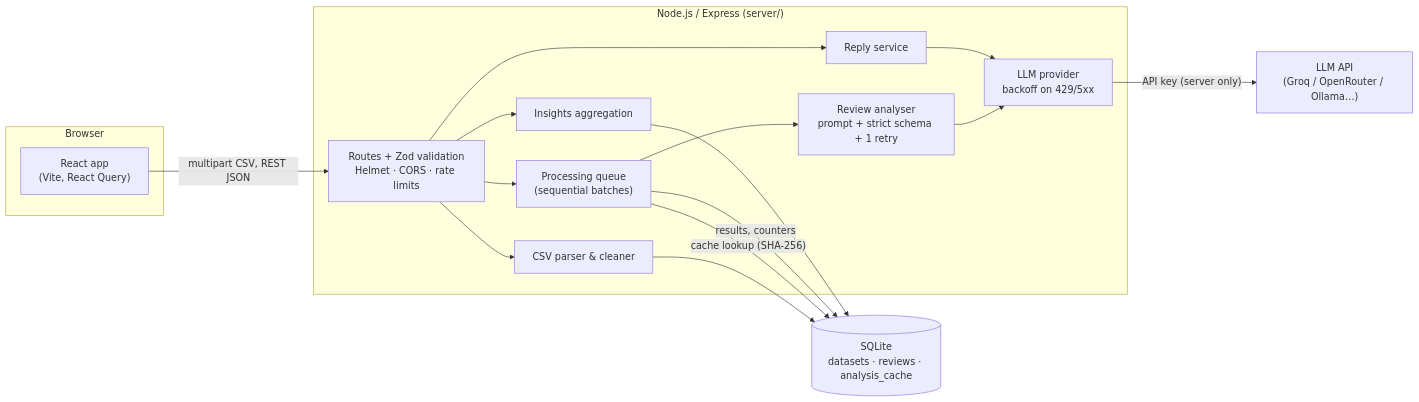
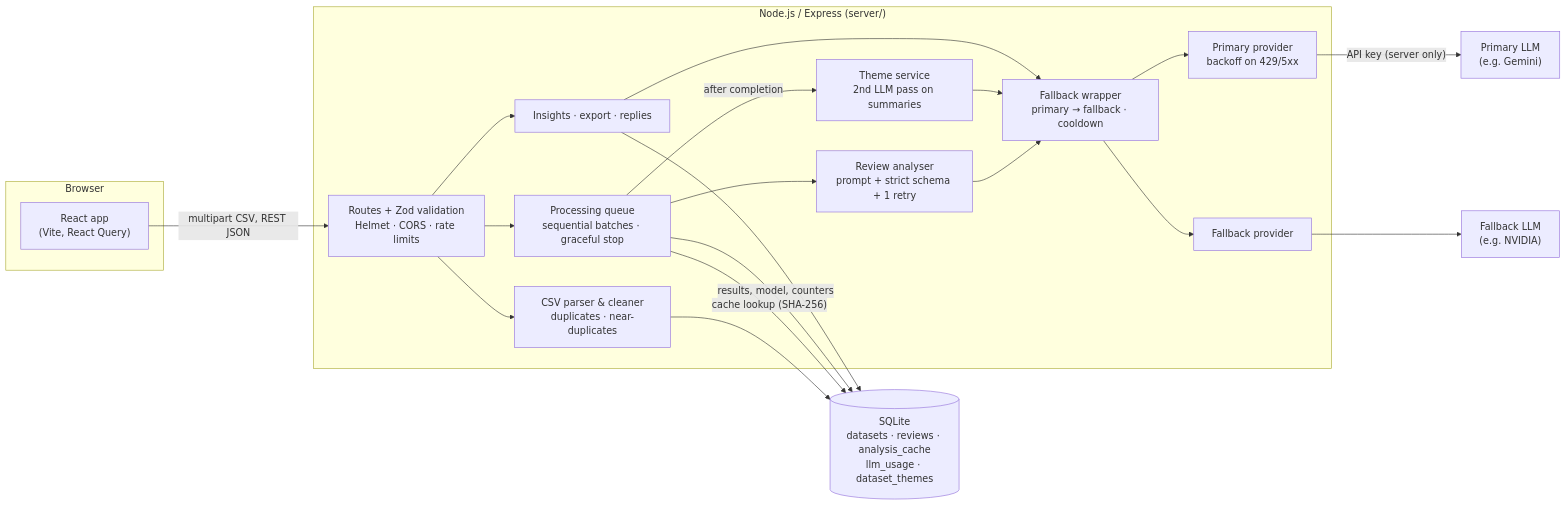
The first of 2 diagrams in README.md (singhharshitt/CedcoLenss), drawn with Mermaid before and after one commit. The commit also changed other lines of this file and 14 other files, not shown here.

````diff
--- a/README.md
+++ b/README.md
@@ -196,26 +208,32 @@
 ```mermaid
 flowchart LR
   subgraph Browser
     UI["React app<br/>(Vite, React Query)"]
   end
   subgraph Server["Node.js / Express (server/)"]
     R["Routes + Zod validation<br/>Helmet · CORS · rate limits"]
-    P["CSV parser & cleaner"]
-    Q["Processing queue<br/>(sequential batches)"]
+    P["CSV parser & cleaner<br/>duplicates · near-duplicates"]
+    Q["Processing queue<br/>sequential batches · graceful stop"]
     A["Review analyser<br/>prompt + strict schema + 1 retry"]
-    L["LLM provider<br/>backoff on 429/5xx"]
-    I["Insights aggregation"]
-    RS["Reply service"]
+    T["Theme service<br/>2nd LLM pass on summaries"]
+    F["Fallback wrapper<br/>primary → fallback · cooldown"]
+    L1["Primary provider<br/>backoff on 429/5xx"]
+    L2["Fallback provider"]
+    I["Insights · export · replies"]
   end
-  DB[("SQLite<br/>datasets · reviews · analysis_cache")]
-  LLM["LLM API<br/>(Groq / OpenRouter / Ollama…)"]
+  DB[("SQLite<br/>datasets · reviews · analysis_cache<br/>llm_usage · dataset_themes")]
+  LLM1["Primary LLM<br/>(e.g. Gemini)"]
+  LLM2["Fallback LLM<br/>(e.g. NVIDIA)"]
 
   UI -- "multipart CSV, REST JSON" --> R
   R --> P --> DB
   R --> Q
   Q -- "cache lookup (SHA-256)" --> DB
-  Q --> A --> L -- "API key (server only)" --> LLM
-  Q -- "results, counters" --> DB
+  Q --> A --> F
+  Q -- "after completion" --> T --> F
+  F --> L1 -- "API key (server only)" --> LLM1
+  F --> L2 --> LLM2
+  Q -- "results, model, counters" --> DB
   R --> I --> DB
-  R --> RS --> L
+  I --> F
 ```
````
